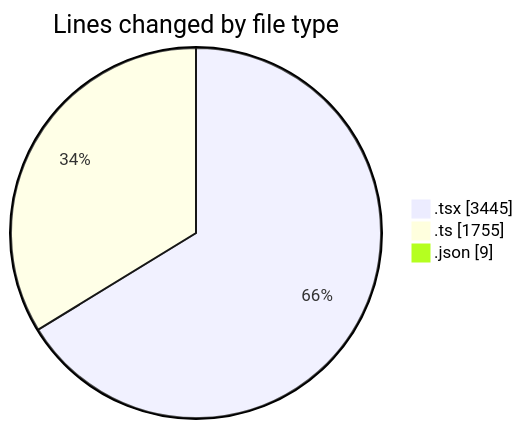
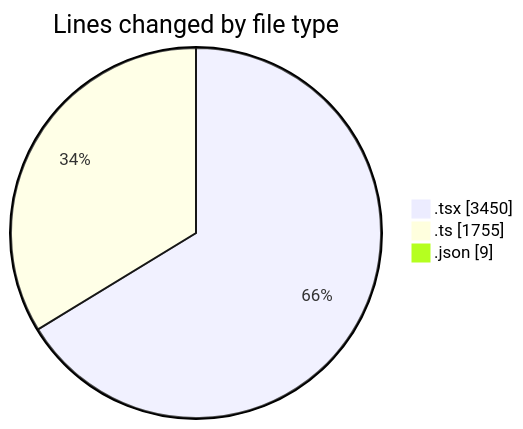
One commit to julien-gomy/code-tracking changed the first of 2 diagrams in 2025-10-15/eventscop-frontend-guide__workspace_/README.md. Above: the diagram before and after it, drawn with Mermaid. The commit also changed other lines of this file and 1 other file, not shown here.

````diff
--- a/2025-10-15/eventscop-frontend-guide__workspace_/README.md
+++ b/2025-10-15/eventscop-frontend-guide__workspace_/README.md
@@ -46,7 +46,7 @@
 ```mermaid
 pie showData
 title Lines changed by file type
-".tsx" : 3445
+".tsx" : 3450
 ".ts" : 1755
 ".json" : 9
 ```
````
